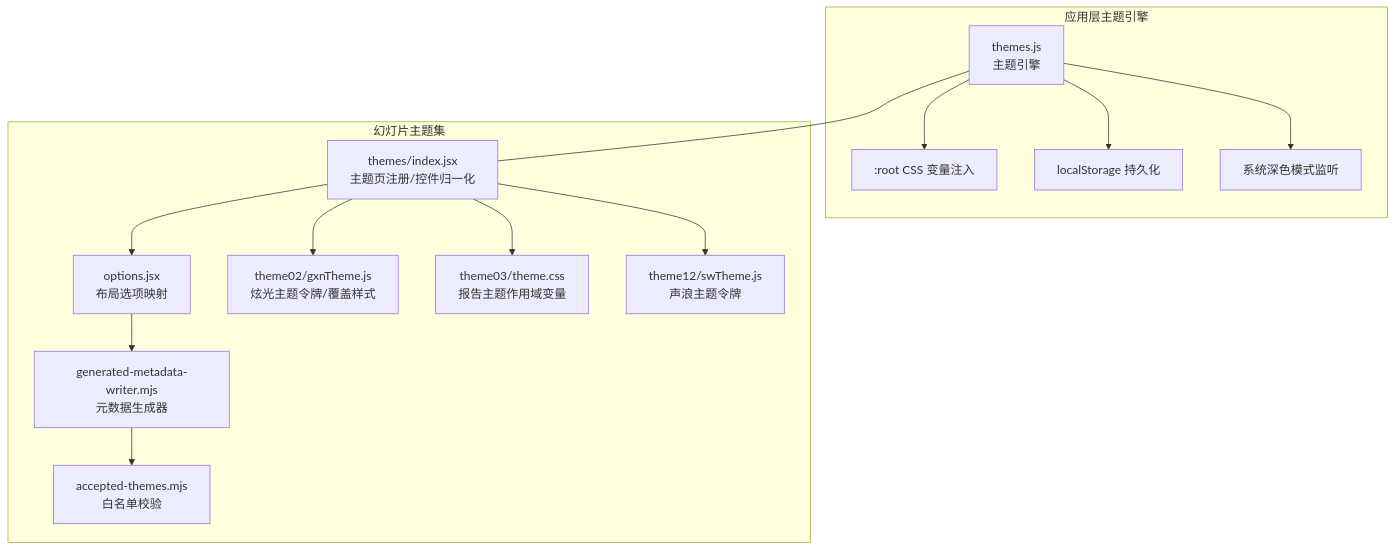
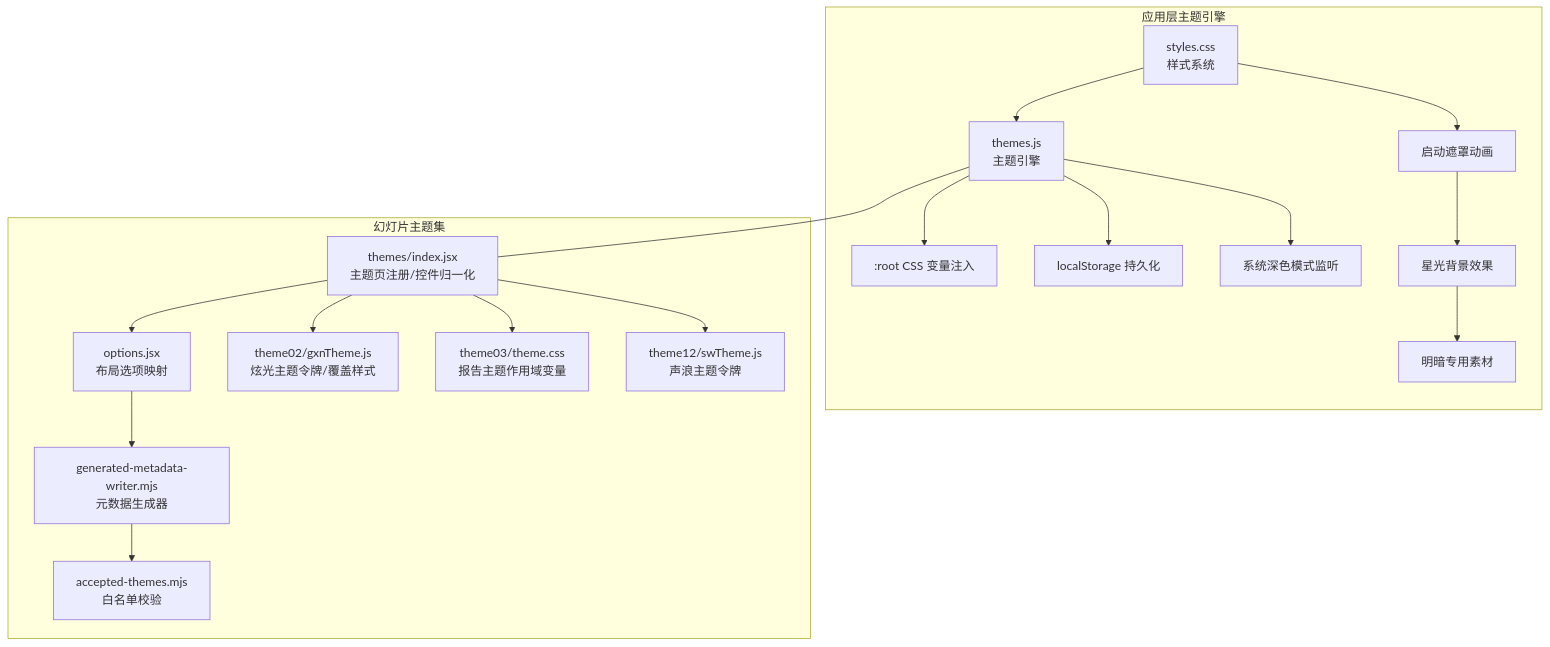
The first of 4 diagrams in .qoder/repowiki/zh/content/用户界面/主题系统.md (swond-Mao/Tiffa), drawn with Mermaid before and after one commit. The commit also changed other lines of this file and 49 other files, not shown here.

````diff
--- a/.qoder/repowiki/zh/content/用户界面/主题系统.md
+++ b/.qoder/repowiki/zh/content/用户界面/主题系统.md
@@ -43,24 +52,28 @@
 ```mermaid
 graph TB
 subgraph "应用层主题引擎"
 A["themes.js<br/>主题引擎"] --> B[":root CSS 变量注入"]
 A --> C["localStorage 持久化"]
 A --> D["系统深色模式监听"]
+E["styles.css<br/>样式系统"] --> F["启动遮罩动画"]
+F --> G["星光背景效果"]
+G --> H["明暗专用素材"]
 end
 subgraph "幻灯片主题集"
-E["themes/index.jsx<br/>主题页注册/控件归一化"]
-F["options.jsx<br/>布局选项映射"]
-G["generated-metadata-writer.mjs<br/>元数据生成器"]
-H["accepted-themes.mjs<br/>白名单校验"]
-I["theme02/gxnTheme.js<br/>炫光主题令牌/覆盖样式"]
-J["theme03/theme.css<br/>报告主题作用域变量"]
-K["theme12/swTheme.js<br/>声浪主题令牌"]
+I["themes/index.jsx<br/>主题页注册/控件归一化"]
+J["options.jsx<br/>布局选项映射"]
+K["generated-metadata-writer.mjs<br/>元数据生成器"]
+L["accepted-themes.mjs<br/>白名单校验"]
+M["theme02/gxnTheme.js<br/>炫光主题令牌/覆盖样式"]
+N["theme03/theme.css<br/>报告主题作用域变量"]
+O["theme12/swTheme.js<br/>声浪主题令牌"]
 end
-A --- E
-E --> F
-F --> G
-G --> H
-E --> I
-E --> J
-E --> K
+A --- I
+I --> J
+J --> K
+K --> L
+I --> M
+I --> N
+I --> O
+E --> A
 ```
````
